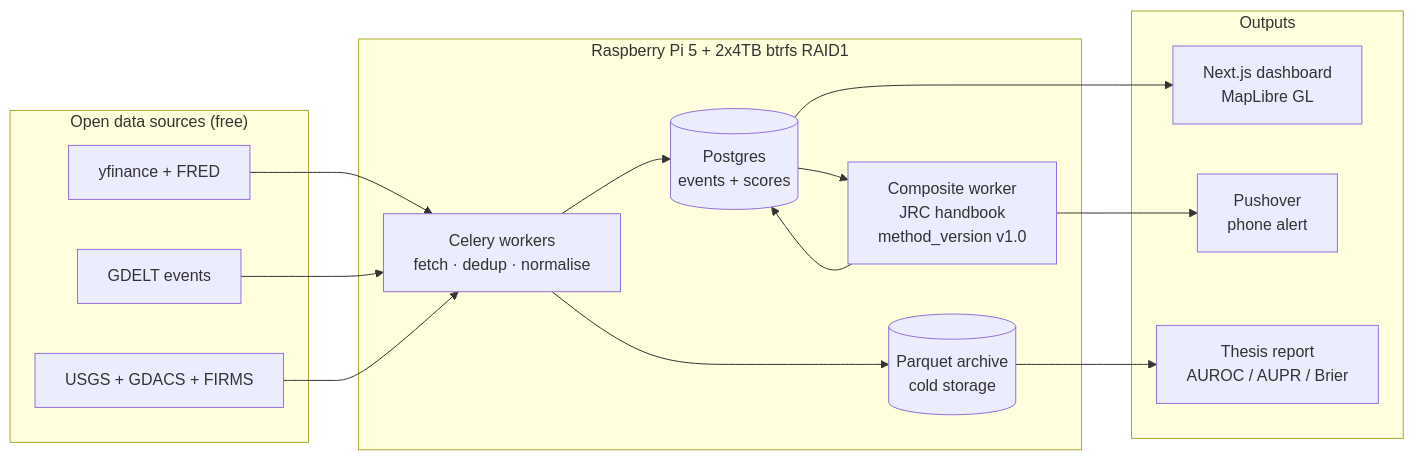
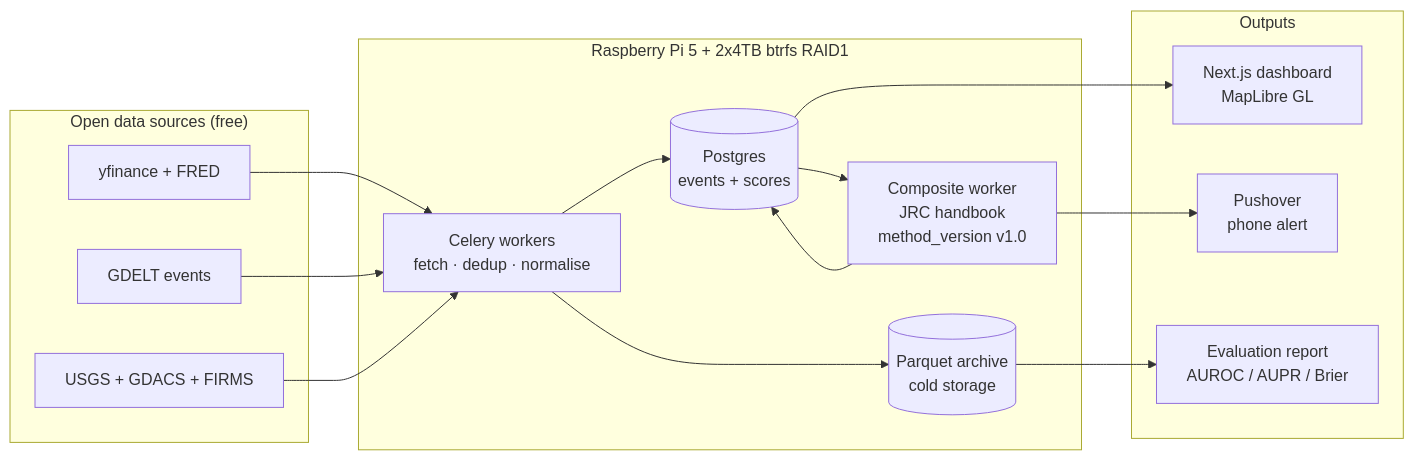
The first of 4 diagrams in README.md (BasilSuhail/OSINT), drawn with Mermaid before and after one commit. The commit also changed other lines of this file and 4 other files, not shown here.

````diff
--- a/README.md
+++ b/README.md
@@ -946,30 +946,30 @@
 ```mermaid
 flowchart LR
     subgraph SRC["Open data sources (free)"]
         S1[yfinance + FRED]
         S2[GDELT events]
         S3[USGS + GDACS + FIRMS]
     end
 
     subgraph PI["Raspberry Pi 5 + 2x4TB btrfs RAID1"]
         W[Celery workers<br/>fetch · dedup · normalise]
         DB[(Postgres<br/>events + scores)]
         AR[(Parquet archive<br/>cold storage)]
         COMP[Composite worker<br/>JRC handbook<br/>method_version v1.0]
     end
 
     subgraph OUT["Outputs"]
         DASH[Next.js dashboard<br/>MapLibre GL]
         PHONE[Pushover<br/>phone alert]
-        THESIS[Thesis report<br/>AUROC / AUPR / Brier]
+        EVAL[Evaluation report<br/>AUROC / AUPR / Brier]
     end
 
     S1 & S2 & S3 --> W
     W --> DB
     W --> AR
     DB --> COMP
     COMP --> DB
     DB --> DASH
     COMP --> PHONE
-    AR --> THESIS
+    AR --> EVAL
 ```
````
